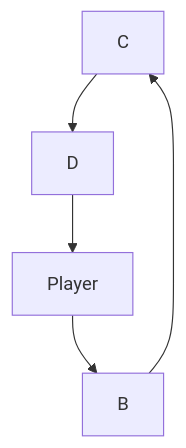
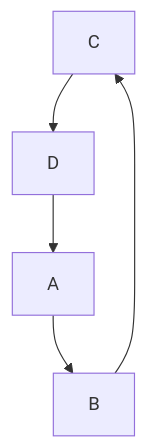
Before and after one commit to coderATP/SuitsUp: the diagram in README.md, drawn with Mermaid.

````diff
--- a/README.md
+++ b/README.md
@@ -14,7 +14,7 @@
 ```mermaid
 graph TD;
 C-->D;
-D-->Player;
-Player-->B;
+D-->A;
+A-->B;
 B-->C;
 ```
````
